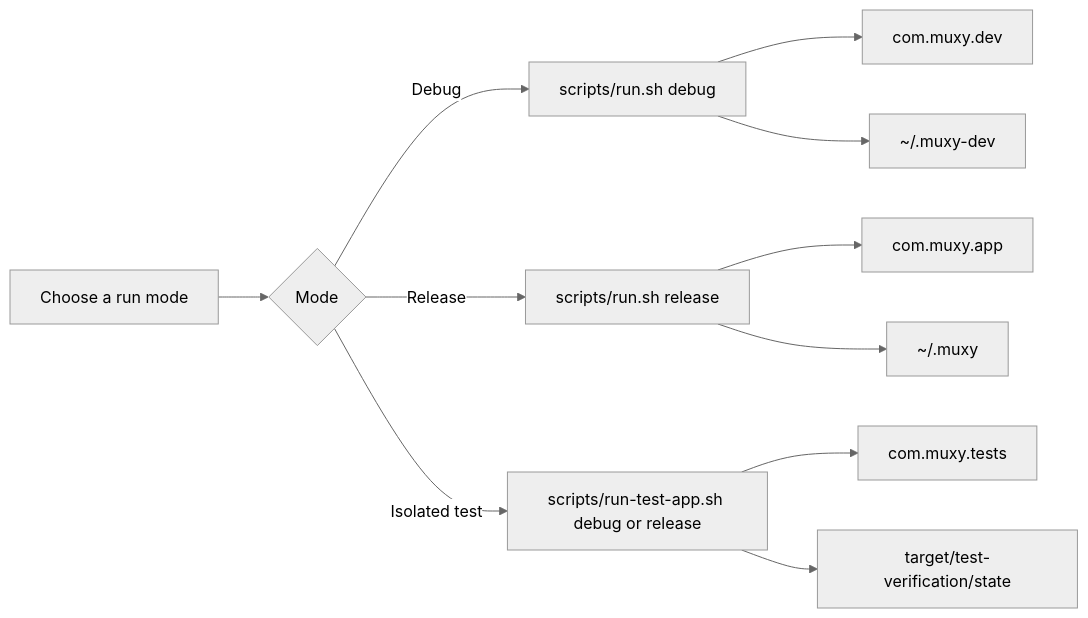
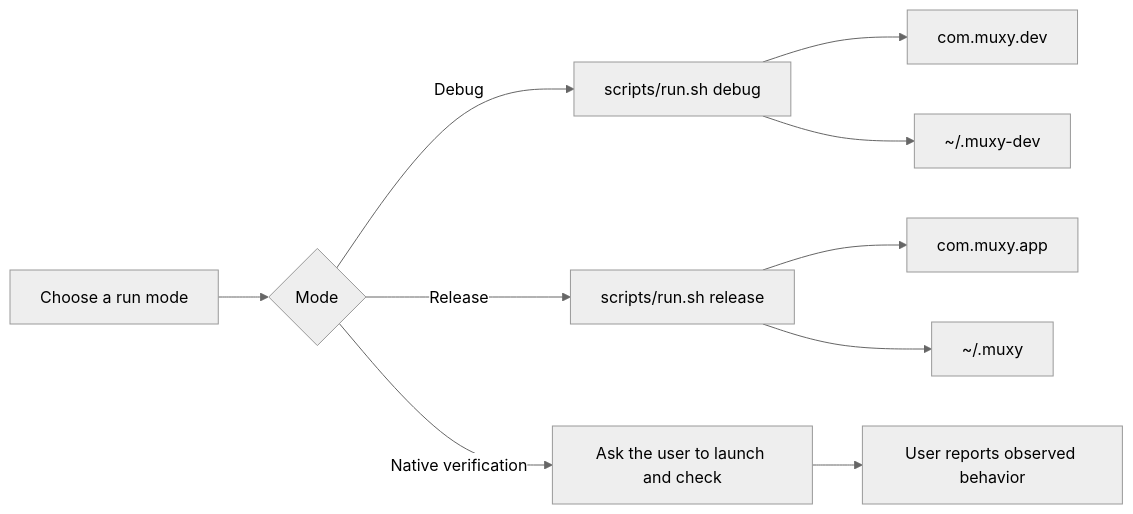
The first of 3 diagrams in docs/development/dev-prod-isolation.md (muxy-app/muxy), drawn with Mermaid (neutral theme) before and after one commit. The commit also changed other lines of this file and 33 other files, not shown here.

````diff
--- a/docs/development/dev-prod-isolation.md
+++ b/docs/development/dev-prod-isolation.md
@@ -5,13 +5,12 @@
 ```mermaid
 flowchart LR
     A[Choose a run mode] --> B{Mode}
     B -->|Debug| C[scripts/run.sh debug]
     B -->|Release| D[scripts/run.sh release]
-    B -->|Isolated test| E[scripts/run-test-app.sh debug or release]
+    B -->|Native verification| E[Ask the user to launch and check]
     C --> F[com.muxy.dev]
     C --> G[~/.muxy-dev]
     D --> H[com.muxy.app]
     D --> I[~/.muxy]
-    E --> J[com.muxy.tests]
-    E --> K[target/test-verification/state]
+    E --> J[User reports observed behavior]
 ```
````
